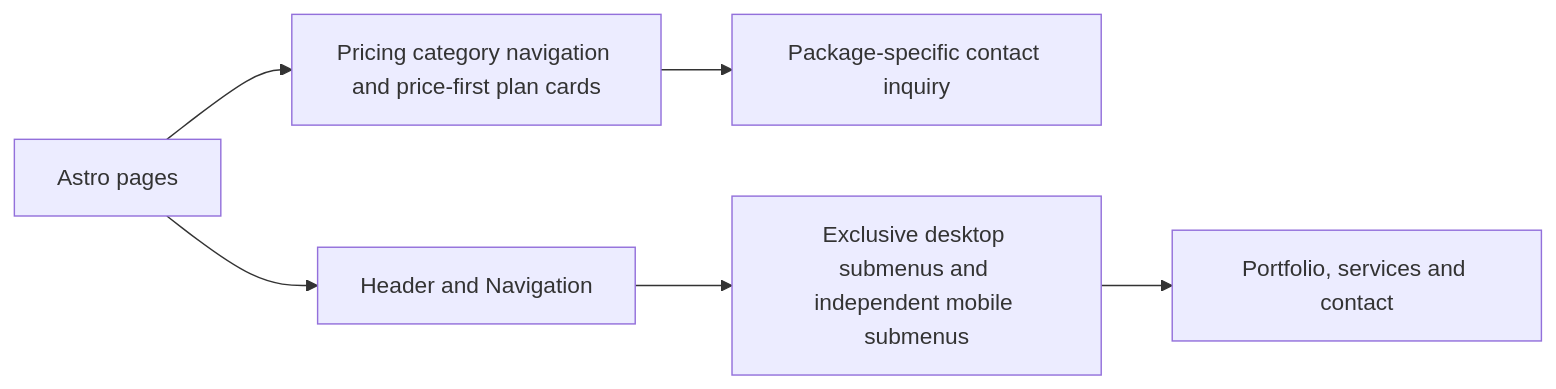
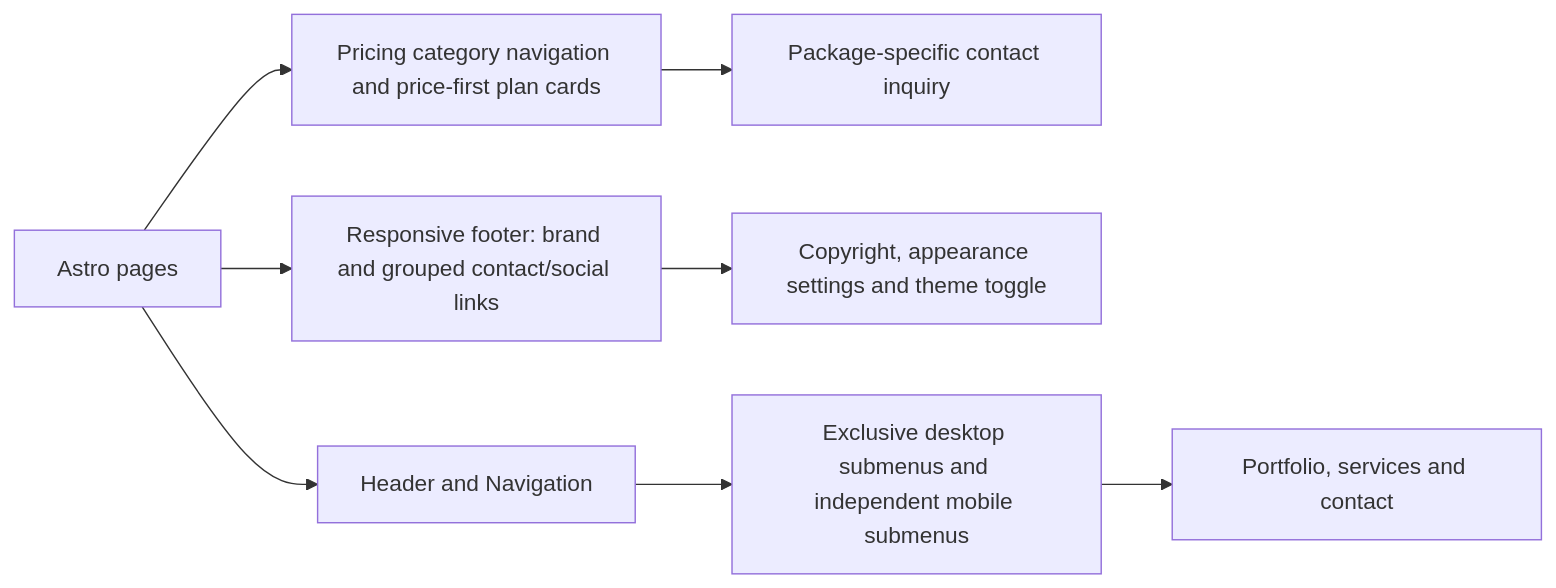
The diagram in src/components/readme.md (anoblet/astronautical-apogee), drawn with Mermaid before and after one commit. The commit also changed other lines of this file and 1 other file, not shown here.

Commit message:
style(footer): refine layout and group contact links

````diff
--- a/src/components/readme.md
+++ b/src/components/readme.md
@@ -17,8 +22,10 @@
 ```mermaid
 flowchart LR
   Routes[Astro pages] --> Pricing[Pricing category navigation and price-first plan cards]
   Pricing --> Inquiry[Package-specific contact inquiry]
+  Routes --> Footer[Responsive footer: brand and grouped contact/social links]
+  Footer --> Utilities[Copyright, appearance settings and theme toggle]
   Routes[Astro pages] --> Header[Header and Navigation]
   Header --> Menu[Exclusive desktop submenus and independent mobile submenus]
   Menu --> Destinations[Portfolio, services and contact]
 ```
````
